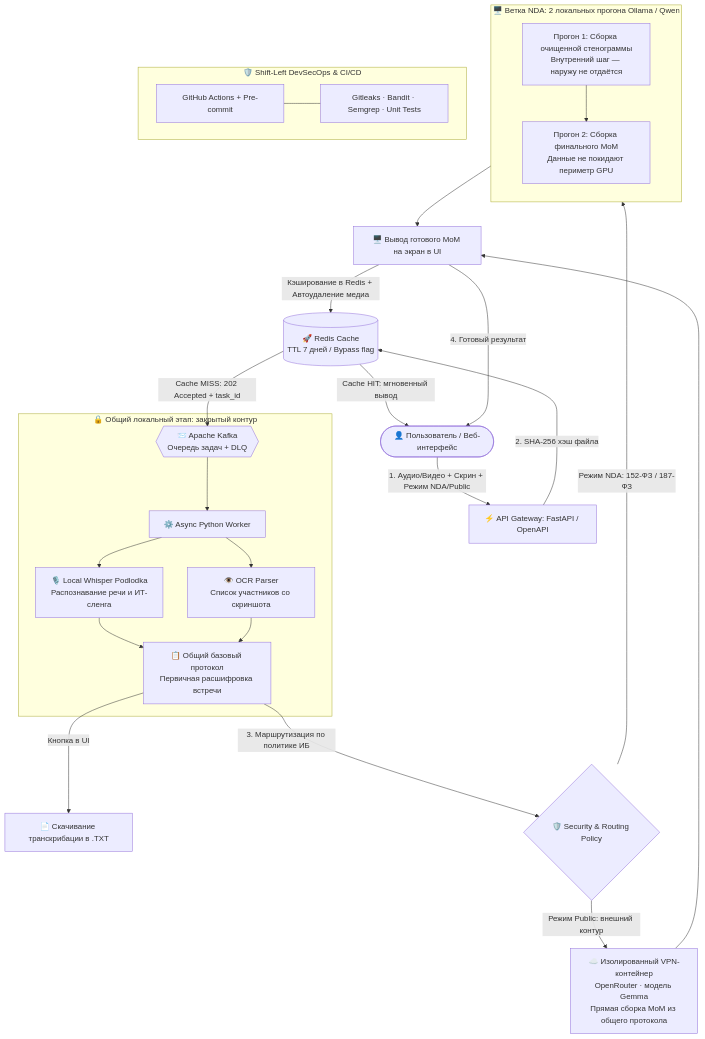
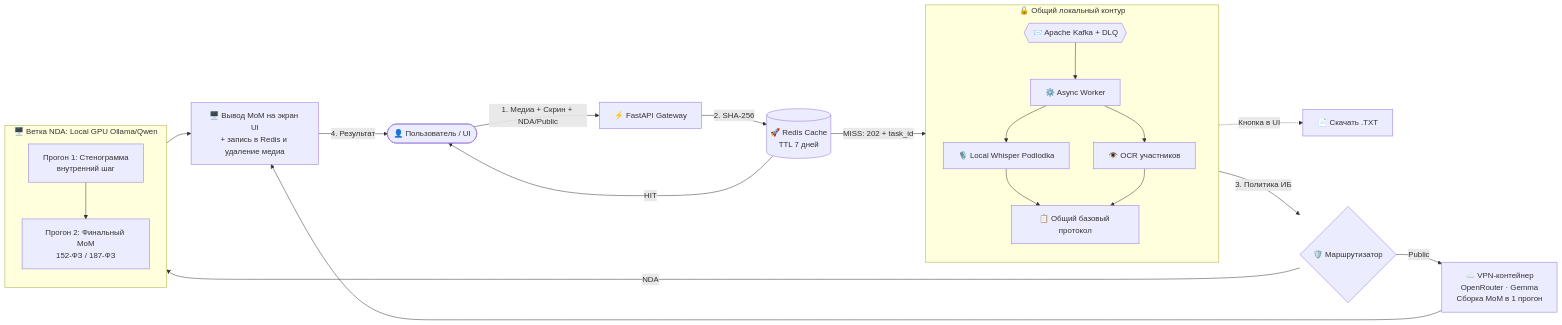
Before and after one commit to rusduke3/mom-pipeline: the diagram in README.md, drawn with Mermaid.

````diff
--- a/README.md
+++ b/README.md
@@ -5,35 +5,29 @@
 ```mermaid
-flowchart TB
-    User([👤 Пользователь / Веб-интерфейс]) -->|1. Аудио/Видео + Скрин + Режим NDA/Public| GW[⚡ API Gateway: FastAPI / OpenAPI]
-    
-    GW -->|2. SHA-256 хэш файла| Redis[(🚀 Redis Cache<br/>TTL 7 дней / Bypass flag)]
-    Redis -->|Cache HIT: мгновенный вывод| User
-    
-    Redis -->|Cache MISS: 202 Accepted + task_id| Kafka{{📨 Apache Kafka<br/>Очередь задач + DLQ}}
-    
-    subgraph CommonStage [🔒 Общий локальный этап: закрытый контур]
-        Kafka --> Worker[⚙️ Async Python Worker]
-        Worker --> STT[🎙️ Local Whisper Podlodka<br/>Распознавание речи и ИТ-сленга]
-        Worker --> OCR[👁️ OCR Parser<br/>Список участников со скриншота]
-        STT & OCR --> BaseProto[📋 Общий базовый протокол<br/>Первичная расшифровка встречи]
+flowchart LR
+    User([👤 Пользователь / UI]) -->|1. Медиа + Скрин + NDA/Public| GW[⚡ FastAPI Gateway]
+    GW -->|2. SHA-256| Redis[(🚀 Redis Cache<br/>TTL 7 дней)]
+    Redis -->|HIT| User
+    Redis -->|MISS: 202 + task_id| Kafka{{📨 Apache Kafka + DLQ}}
+
+    subgraph Local [🔒 Общий локальный контур]
+        direction TB
+        Kafka --> Worker[⚙️ Async Worker]
+        Worker --> STT[🎙️ Local Whisper Podlodka]
+        Worker --> OCR[👁️ OCR участников]
+        STT & OCR --> Proto[📋 Общий базовый протокол]
     end
 
-    BaseProto -->|Кнопка в UI| TxtExport[📄 Скачивание транскрибации в .TXT]
-    BaseProto -->|3. Маршрутизация по политике ИБ| Router{🛡️ Security & Routing Policy}
-    
-    subgraph NDABranch [🖥️ Ветка NDA: 2 локальных прогона Ollama / Qwen]
+    Proto -.->|Кнопка в UI| Txt[📄 Скачать .TXT]
+    Proto -->|3. Политика ИБ| Router{🛡️ Маршрутизатор}
+
+    subgraph NDA [🖥️ Ветка NDA: Local GPU Ollama/Qwen]
         direction TB
-        NDA1[Прогон 1: Сборка очищенной стенограммы<br/>Внутренний шаг — наружу не отдаётся] --> NDA2[Прогон 2: Сборка финального MoM<br/>Данные не покидают периметр GPU]
+        N1[Прогон 1: Стенограмма<br/>внутренний шаг] --> N2[Прогон 2: Финальный MoM<br/>152-ФЗ / 187-ФЗ]
     end
 
-    Router -->|Режим NDA: 152-ФЗ / 187-ФЗ| NDA1
-    Router -->|Режим Public: внешний контур| CloudBranch[☁️ Изолированный VPN-контейнер<br/>OpenRouter · модель Gemma<br/>Прямая сборка MoM из общего протокола]
-    
-    NDA2 & CloudBranch --> ScreenUI[🖥️ Вывод готового MoM на экран в UI]
-    ScreenUI -->|Кэширование в Redis + Автоудаление медиа| Redis
-    ScreenUI -->|4. Готовый результат| User
+    Router -->|NDA| N1
+    Router -->|Public| Cloud[☁️ VPN-контейнер<br/>OpenRouter · Gemma<br/>Сборка MoM в 1 прогон]
 
-    subgraph SecOps [🛡️ Shift-Left DevSecOps & CI/CD]
-        Git[GitHub Actions + Pre-commit] --- Tools[Gitleaks · Bandit · Semgrep · Unit Tests]
-    end
+    N2 & Cloud --> Out[🖥️ Вывод MoM на экран UI<br/>+ запись в Redis и удаление медиа]
+    Out -->|4. Результат| User
 ```
````
